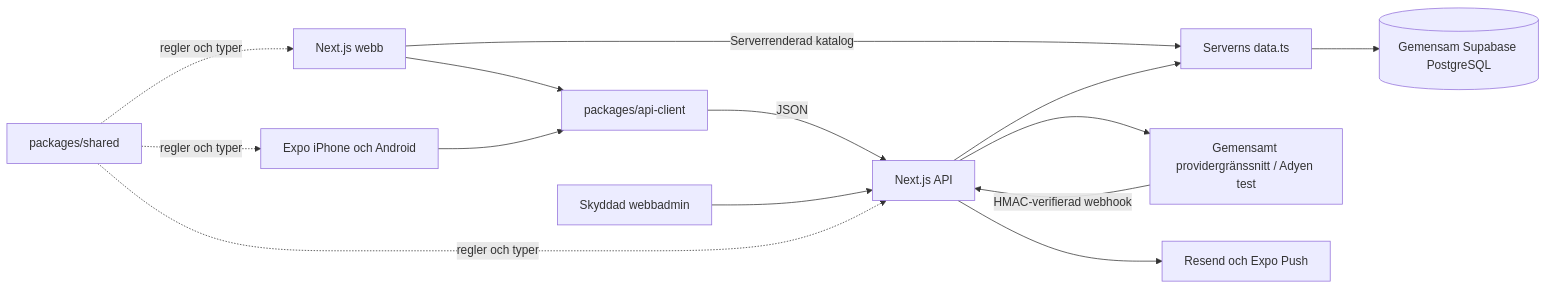
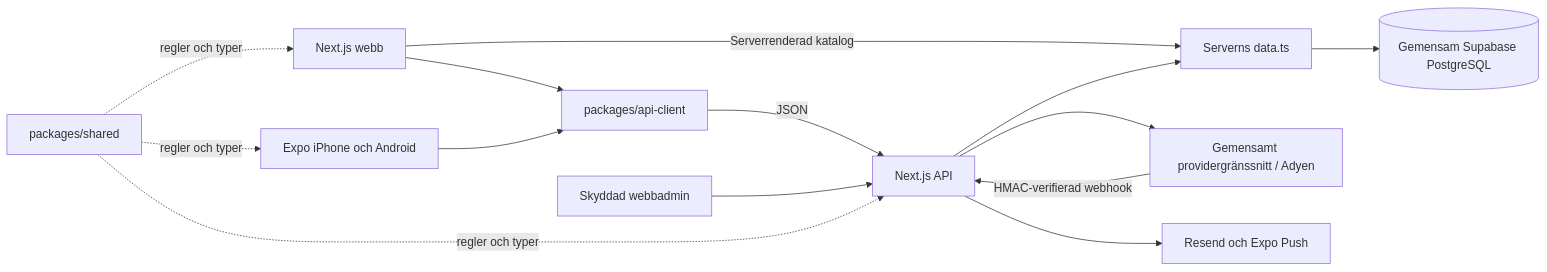
One commit to sharbel0022/YEHABIBI changed the diagram in docs/ARKITEKTUR.md. Above: the diagram before and after it, drawn with Mermaid. The commit also changed other lines of this file and 17 other files, not shown here.

````diff
--- a/docs/ARKITEKTUR.md
+++ b/docs/ARKITEKTUR.md
@@ -5,16 +5,16 @@
 ```mermaid
 flowchart LR
   Webb[Next.js webb] --> Klient[packages/api-client]
   Mobil[Expo iPhone och Android] --> Klient
   Klient -->|JSON| API[Next.js API]
   Admin[Skyddad webbadmin] --> API
   Webb -->|Serverrenderad katalog| Data[Serverns data.ts]
   API --> Data
   Data --> DB[(Gemensam Supabase PostgreSQL)]
-  API --> Betaltjanst[Gemensamt providergränssnitt / Adyen test]
+  API --> Betaltjanst[Gemensamt providergränssnitt / Adyen]
   Betaltjanst -->|HMAC-verifierad webhook| API
   API --> Besked[Resend och Expo Push]
   Shared[packages/shared] -. regler och typer .-> Webb
   Shared -. regler och typer .-> Mobil
   Shared -. regler och typer .-> API
 ```
````
